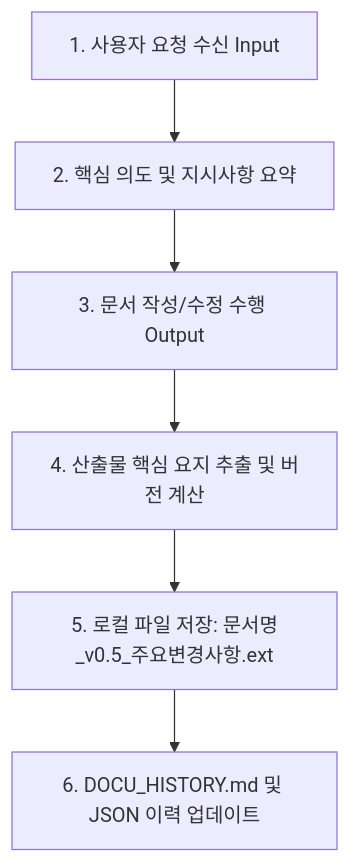
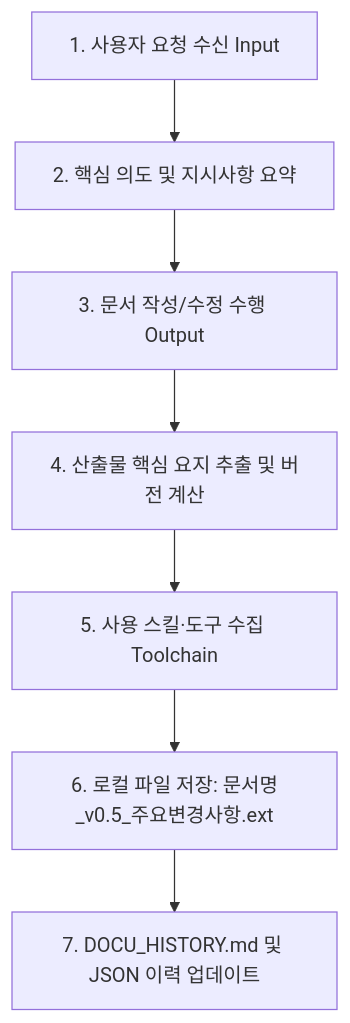
The diagram in docu-git/SKILL.md (mhjoe/skills), drawn with Mermaid before and after one commit. The commit also changed other lines of this file and 3 other files, not shown here.

First line of the commit message:
docu-git: 작업 환경(Toolchain) 기록 기능 추가 (v1.1.0)

````diff
--- a/docu-git/SKILL.md
+++ b/docu-git/SKILL.md
@@ -40,8 +42,9 @@
 ```mermaid
 flowchart TD
     A[1. 사용자 요청 수신 Input] --> B[2. 핵심 의도 및 지시사항 요약]
     B --> C[3. 문서 작성/수정 수행 Output]
     C --> D[4. 산출물 핵심 요지 추출 및 버전 계산]
-    D --> E[5. 로컬 파일 저장: 문서명_v0.5_주요변경사항.ext]
-    E --> F[6. DOCU_HISTORY.md 및 JSON 이력 업데이트]
+    D --> E[5. 사용 스킬·도구 수집 Toolchain]
+    E --> F[6. 로컬 파일 저장: 문서명_v0.5_주요변경사항.ext]
+    F --> G[7. DOCU_HISTORY.md 및 JSON 이력 업데이트]
 ```
````
